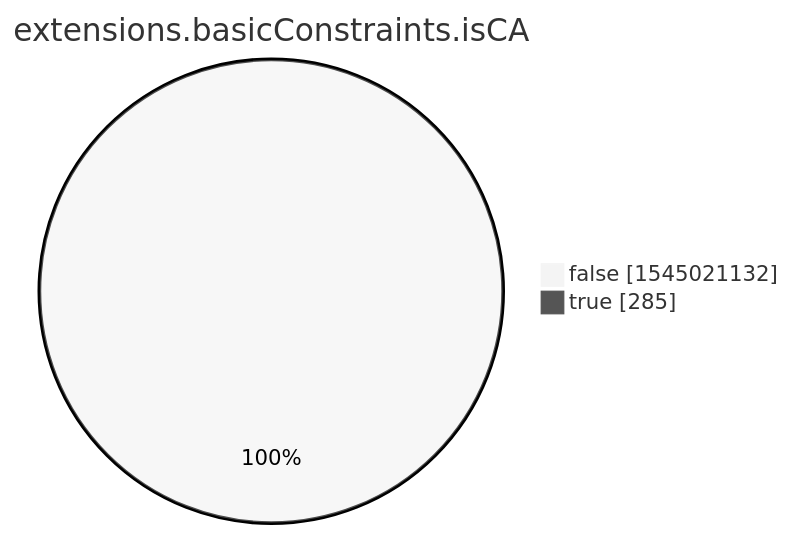
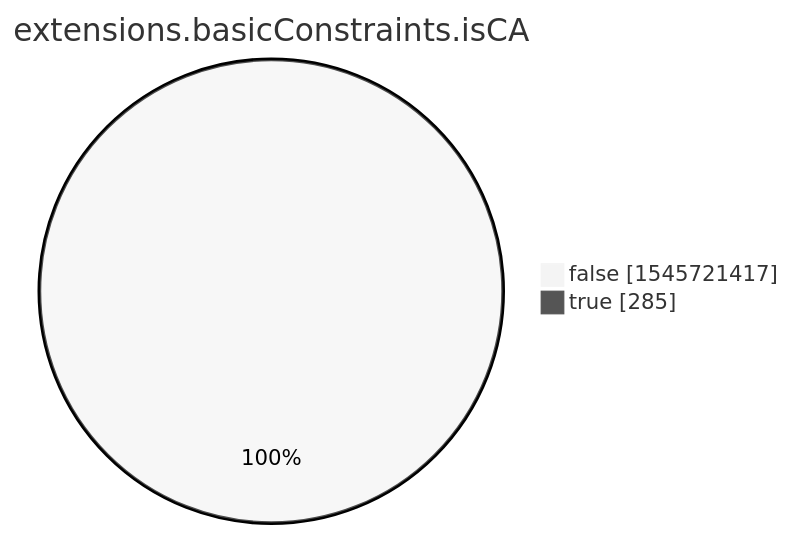
Before and after one commit to christiankrug/ctmonitor_visualization: the eighth of 15 diagrams in xenon2022/README.md, drawn with Mermaid (neutral theme). The commit also changed other lines of this file, not shown here.

````diff
--- a/xenon2022/README.md
+++ b/xenon2022/README.md
@@ -2859,6 +2859,6 @@
 ```mermaid
 pie showData
 title extensions.basicConstraints.isCA
-"false" :1545021132
+"false" :1545721417
 "true" :285
 ```
````
